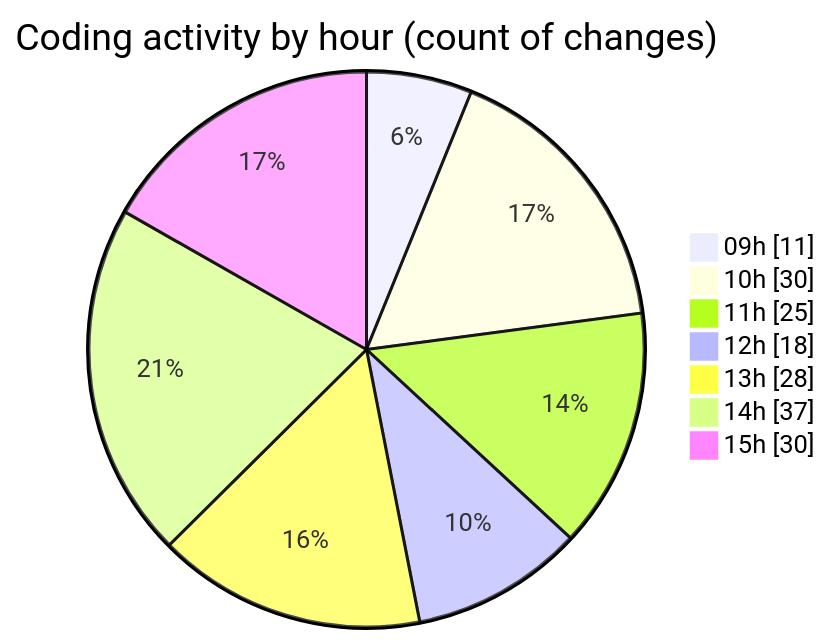
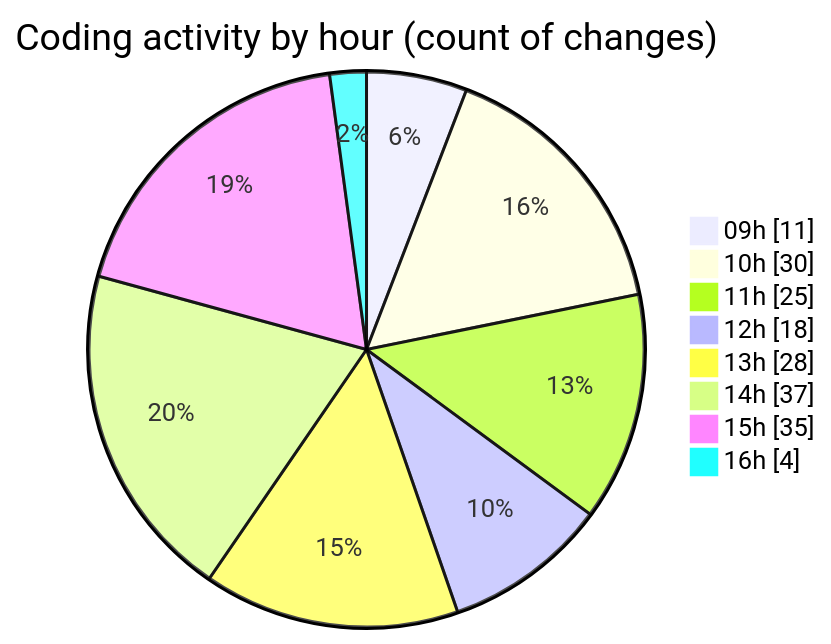
The second of 2 diagrams in 2025-06-24/cda/README.md (momahboobian/code-tracking), drawn with Mermaid before and after one commit. The commit also changed other lines of this file and 1 other file, not shown here.

````diff
--- a/2025-06-24/cda/README.md
+++ b/2025-06-24/cda/README.md
@@ -32,11 +32,12 @@
 ```mermaid
 pie showData
 title Coding activity by hour (count of changes)
 "09h" : 11
 "10h" : 30
 "11h" : 25
 "12h" : 18
 "13h" : 28
 "14h" : 37
-"15h" : 30
+"15h" : 35
+"16h" : 4
 ```
````
